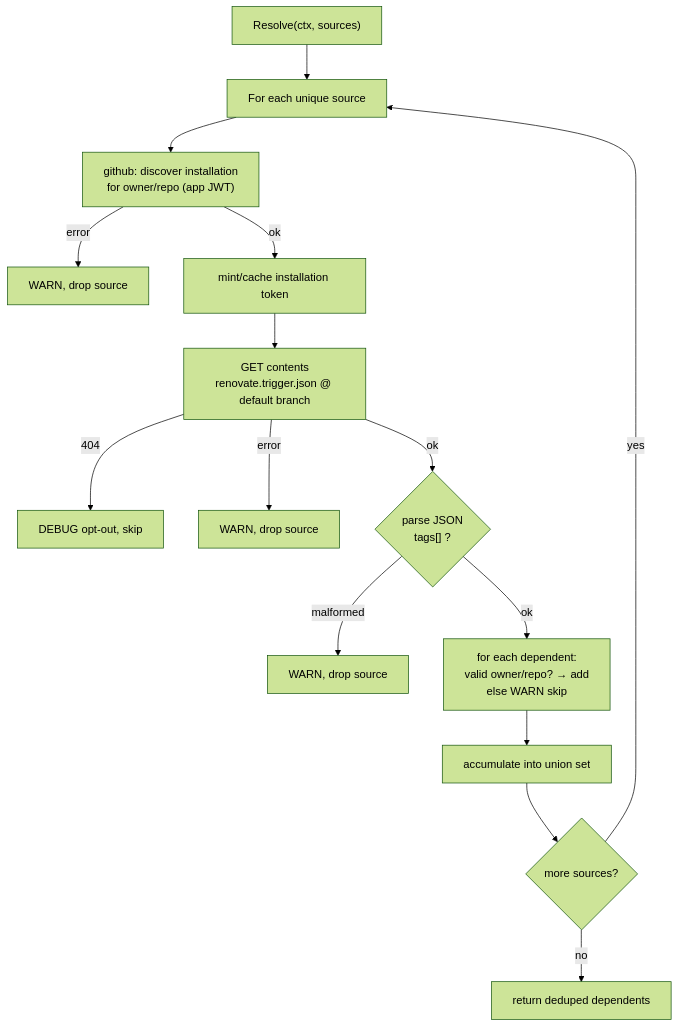
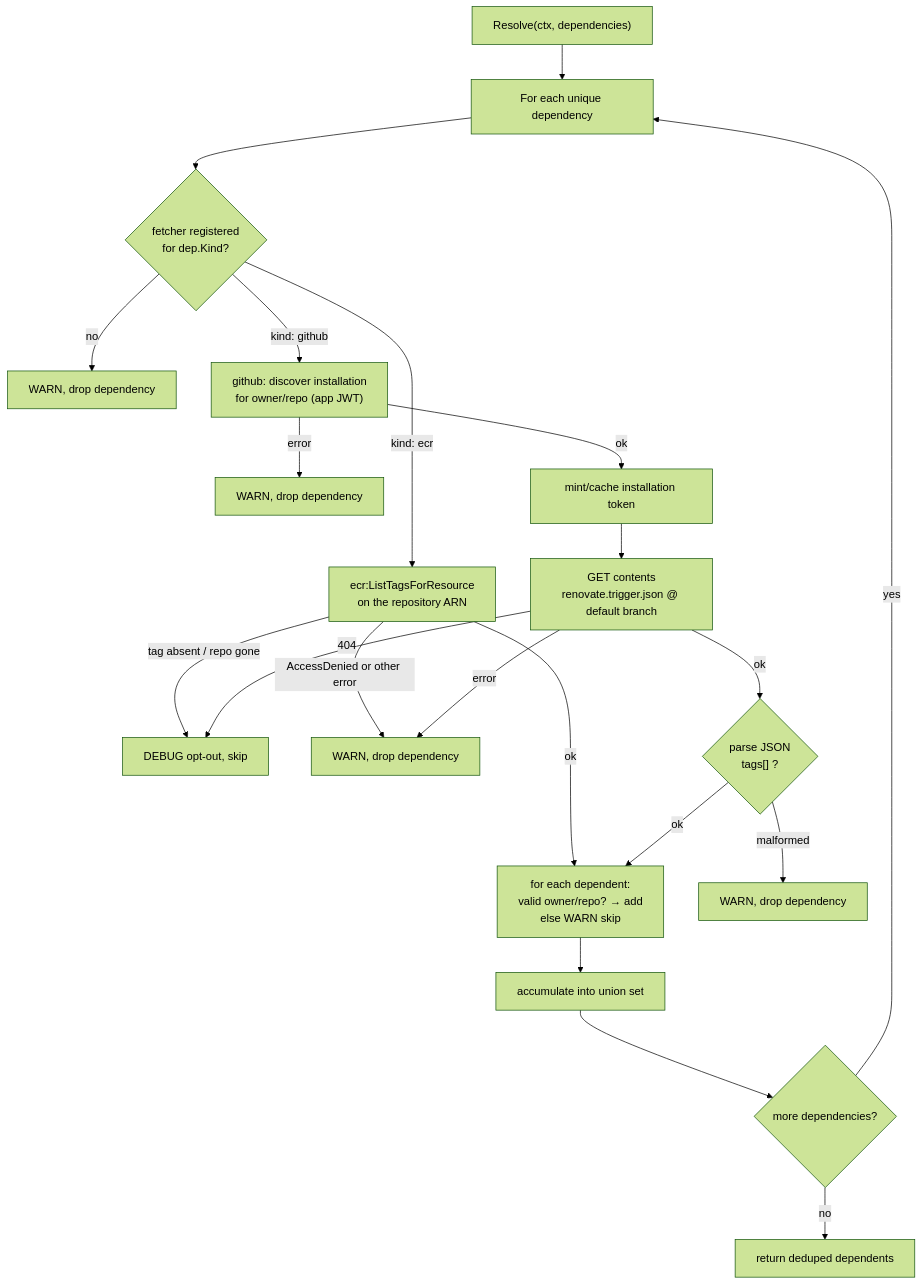
One commit to caseycs/renovate-trigger changed the sixth of 10 diagrams in WORKFLOWS.md. Above: the diagram before and after it, drawn with Mermaid (forest theme). The commit also changed other lines of this file and 46 other files, not shown here.

````diff
--- a/WORKFLOWS.md
+++ b/WORKFLOWS.md
@@ -194,17 +221,23 @@
 ```mermaid
 flowchart TD
-    R["Resolve(ctx, sources)"] --> LOOP[For each unique source]
-    LOOP --> INST["github: discover installation<br/>for owner/repo (app JWT)"]
-    INST -->|error| WARN1["WARN, drop source"]
+    R["Resolve(ctx, dependencies)"] --> LOOP[For each unique dependency]
+    LOOP --> KIND{fetcher registered<br/>for dep.Kind?}
+    KIND -->|no| WARN0["WARN, drop dependency"]
+    KIND -->|"kind: ecr"| TAGS["ecr:ListTagsForResource<br/>on the repository ARN"]
+    TAGS -->|"tag absent / repo gone"| DBG
+    TAGS -->|"AccessDenied or other error"| WARN2
+    TAGS -->|ok| ENTRIES
+    KIND -->|"kind: github"| INST["github: discover installation<br/>for owner/repo (app JWT)"]
+    INST -->|error| WARN1["WARN, drop dependency"]
     INST -->|ok| TOK["mint/cache installation token"]
     TOK --> FETCH["GET contents<br/>renovate.trigger.json @ default branch"]
     FETCH -->|404| DBG["DEBUG opt-out, skip"]
-    FETCH -->|error| WARN2["WARN, drop source"]
+    FETCH -->|error| WARN2["WARN, drop dependency"]
     FETCH -->|ok| PARSE{"parse JSON<br/>tags[] ?"}
-    PARSE -->|malformed| WARN3["WARN, drop source"]
+    PARSE -->|malformed| WARN3["WARN, drop dependency"]
     PARSE -->|ok| ENTRIES["for each dependent:<br/>valid owner/repo? → add<br/>else WARN skip"]
     ENTRIES --> ACC[accumulate into union set]
-    ACC --> MORE{more sources?}
+    ACC --> MORE{more dependencies?}
     MORE -->|yes| LOOP
     MORE -->|no| RET["return deduped dependents"]
 ```
````
